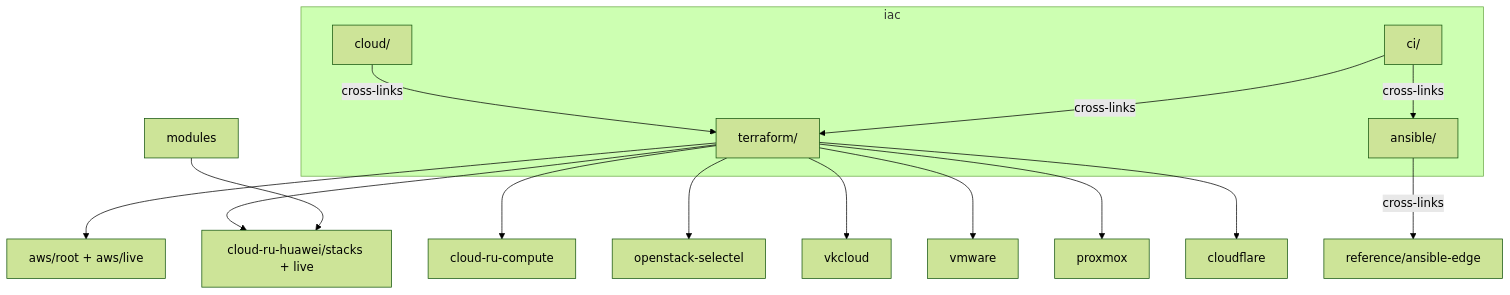
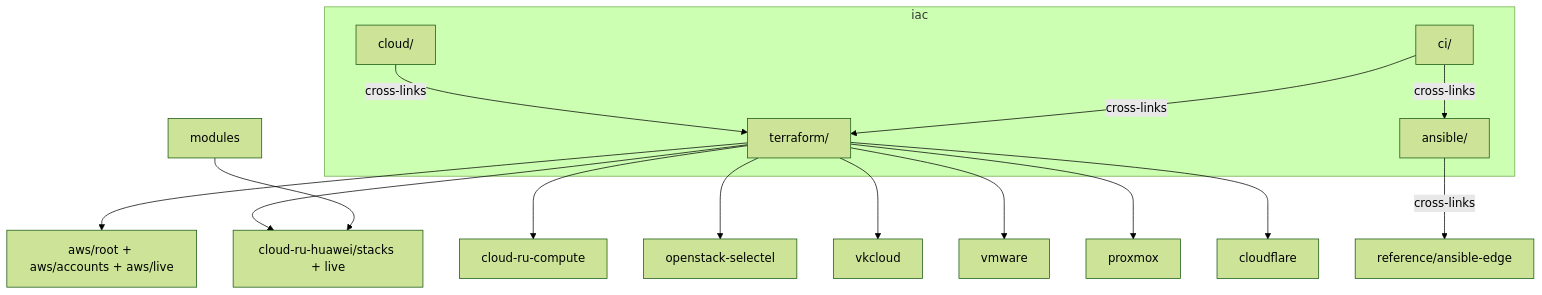
Before and after one commit to NarberallGamma/narberall-platform-engineer-lab: the diagram in iac/README.md, drawn with Mermaid (forest theme). The commit also changed 37 other files, not shown here.

````diff
--- a/iac/README.md
+++ b/iac/README.md
@@ -24,22 +24,22 @@
 ```mermaid
 flowchart TB
   subgraph iac [iac]
     Cloud[cloud/]
     TF[terraform/]
     ANS[ansible/]
     CI[ci/]
   end
   Cloud -->|cross-links| TF
   ANS -->|cross-links| RefAns[reference/ansible-edge]
   CI -->|cross-links| TF
   CI -->|cross-links| ANS
-  TF --> AWS[aws/root + aws/live]
+  TF --> AWS[aws/root + aws/accounts + aws/live]
   TF --> CR[cloud-ru-huawei/stacks + live]
   TF --> CRC[cloud-ru-compute]
   TF --> OS[openstack-selectel]
   TF --> VK[vkcloud]
   TF --> VMw[vmware]
   TF --> PX[proxmox]
   TF --> CF[cloudflare]
   Mods[modules] --> CR
 ```
````
